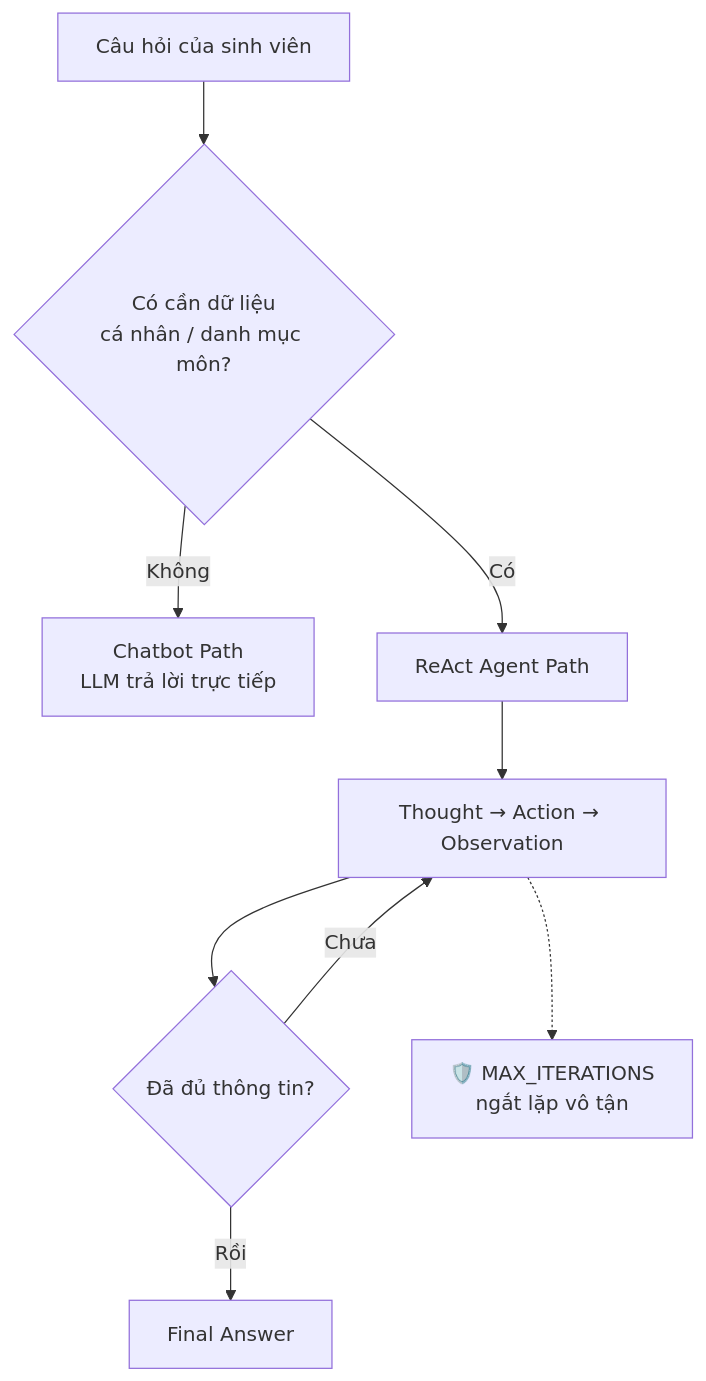
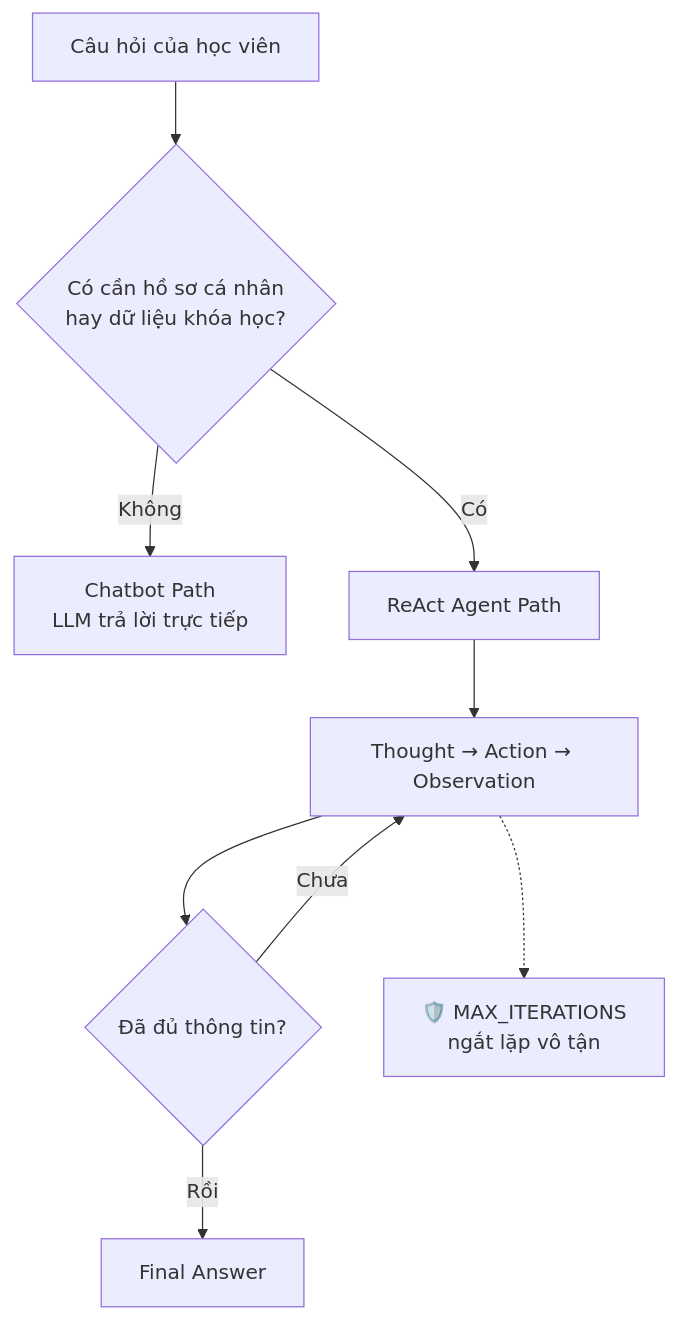
Before and after one commit to huylq-at-work/Day03-2A202601821-LeQuangHuy: the diagram in docs/roles/ROLE1_PRODUCT_ARCHITECT.md, drawn with Mermaid. The commit also changed other lines of this file and 6 other files, not shown here.

````diff
--- a/docs/roles/ROLE1_PRODUCT_ARCHITECT.md
+++ b/docs/roles/ROLE1_PRODUCT_ARCHITECT.md
@@ -106,11 +136,11 @@
 ```mermaid
 flowchart TD
-    A[Câu hỏi của sinh viên] --> B{Có cần dữ liệu<br/>cá nhân / danh mục môn?}
+    A[Câu hỏi của học viên] --> B{Có cần hồ sơ cá nhân<br/>hay dữ liệu khóa học?}
     B -- Không --> C[Chatbot Path<br/>LLM trả lời trực tiếp]
     B -- Có --> D[ReAct Agent Path]
     D --> E[Thought → Action → Observation]
     E --> F{Đã đủ thông tin?}
     F -- Chưa --> E
     F -- Rồi --> G[Final Answer]
     E -.-> H[🛡️ MAX_ITERATIONS<br/>ngắt lặp vô tận]
 ```
````
